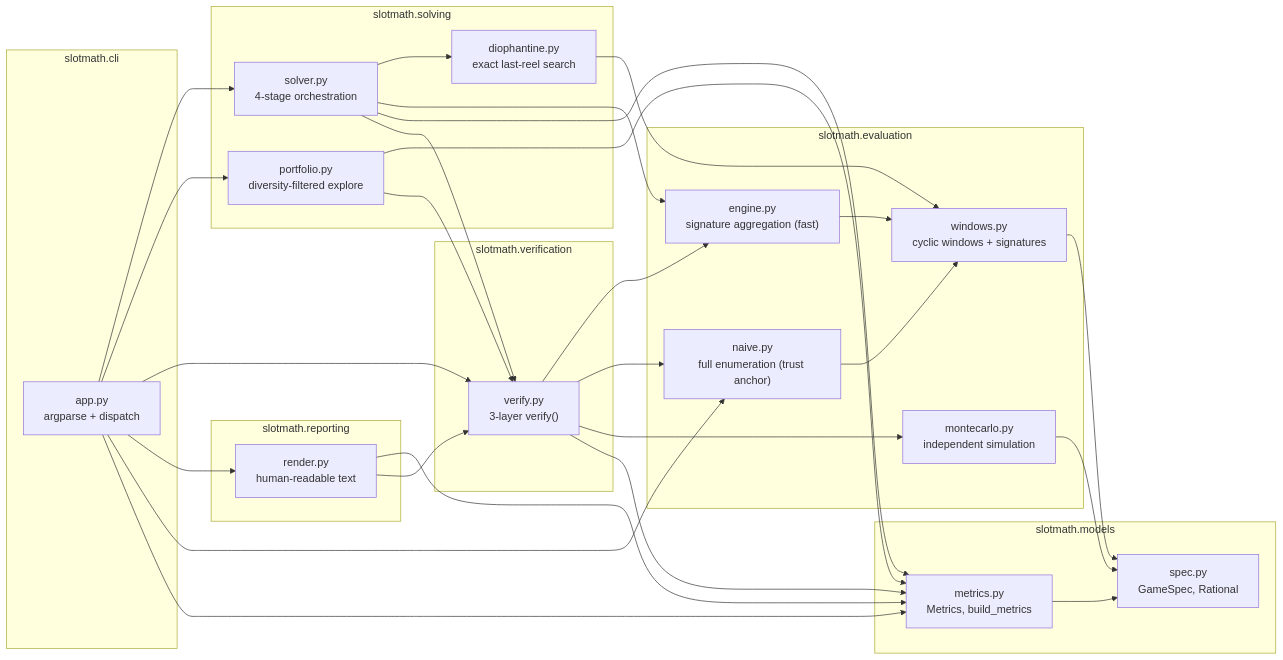
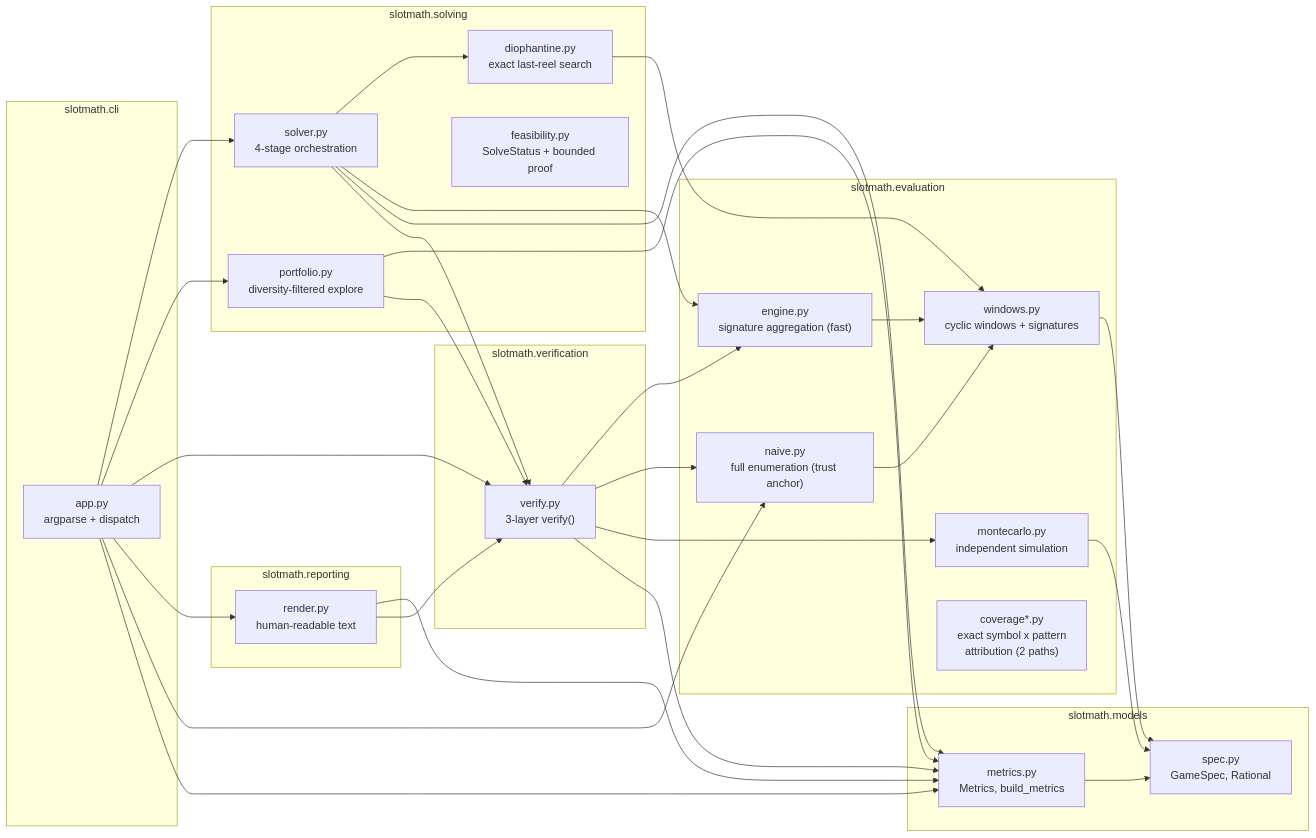
Before and after one commit to Y3NH0/slot-reel-solver: the first of 2 diagrams in README.md, drawn with Mermaid. The commit also changed other lines of this file and 7 other files, not shown here.

````diff
--- a/README.md
+++ b/README.md
@@ -22,57 +22,59 @@
 ```mermaid
 flowchart LR
     subgraph models["slotmath.models"]
         spec["spec.py<br/>GameSpec, Rational"]
         metrics["metrics.py<br/>Metrics, build_metrics"]
     end
 
     subgraph evaluation["slotmath.evaluation"]
         windows["windows.py<br/>cyclic windows + signatures"]
         naive["naive.py<br/>full enumeration (trust anchor)"]
         engine["engine.py<br/>signature aggregation (fast)"]
         montecarlo["montecarlo.py<br/>independent simulation"]
+        coverage["coverage*.py<br/>exact symbol x pattern<br/>attribution (2 paths)"]
     end
 
     subgraph solving["slotmath.solving"]
         diophantine["diophantine.py<br/>exact last-reel search"]
         solver["solver.py<br/>4-stage orchestration"]
         portfolio["portfolio.py<br/>diversity-filtered explore"]
+        feasibility["feasibility.py<br/>SolveStatus + bounded proof"]
     end
 
     subgraph verification["slotmath.verification"]
         verify["verify.py<br/>3-layer verify()"]
     end
 
     subgraph reporting["slotmath.reporting"]
         render["render.py<br/>human-readable text"]
     end
 
     subgraph cli["slotmath.cli"]
         app["app.py<br/>argparse + dispatch"]
     end
 
     metrics --> spec
     windows --> spec
     naive --> windows
     engine --> windows
     montecarlo --> spec
     diophantine --> windows
     solver --> diophantine
     solver --> engine
     solver --> metrics
     solver --> verify
     portfolio --> metrics
     portfolio --> verify
     verify --> engine
     verify --> naive
     verify --> montecarlo
     verify --> metrics
     render --> metrics
     render --> verify
     app --> solver
     app --> portfolio
     app --> verify
     app --> render
     app --> naive
     app --> metrics
 ```
````
